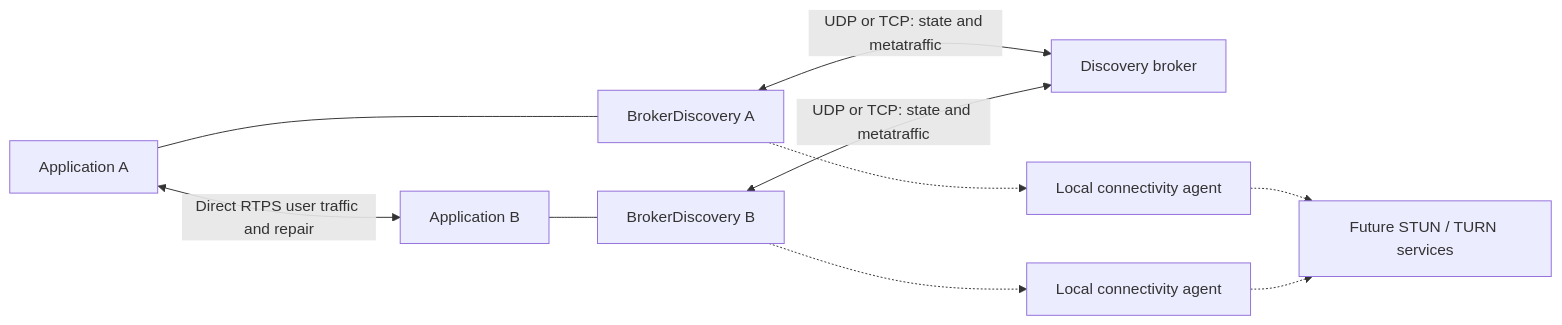
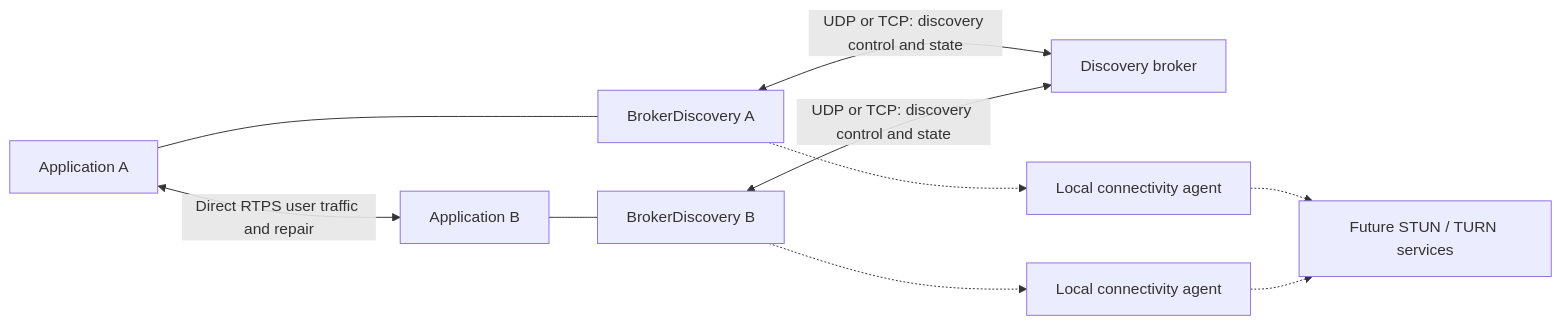
One commit to zz-iot/zzdds changed the diagram in docs/design/discovery-broker.md. Above: the diagram before and after it, drawn with Mermaid. The commit also changed other lines of this file and 119 other files, not shown here.

````diff
--- a/docs/design/discovery-broker.md
+++ b/docs/design/discovery-broker.md
@@ -72,12 +72,12 @@
 ```mermaid
 flowchart LR
     A[Application A] --- DA[BrokerDiscovery A]
     B[Application B] --- DB[BrokerDiscovery B]
-    DA <-->|UDP or TCP: state and metatraffic| BR[Discovery broker]
-    DB <-->|UDP or TCP: state and metatraffic| BR
+    DA <-->|UDP or TCP: discovery control and state| BR[Discovery broker]
+    DB <-->|UDP or TCP: discovery control and state| BR
     A <-->|Direct RTPS user traffic and repair| B
     DA -.-> CA[Local connectivity agent]
     DB -.-> CB[Local connectivity agent]
     CA -.-> NT[Future STUN / TURN services]
     CB -.-> NT
 ```
````
